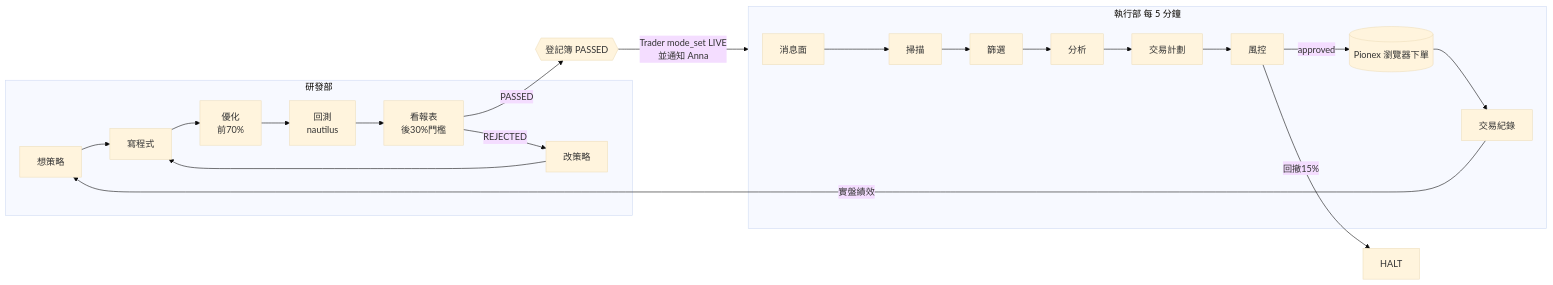
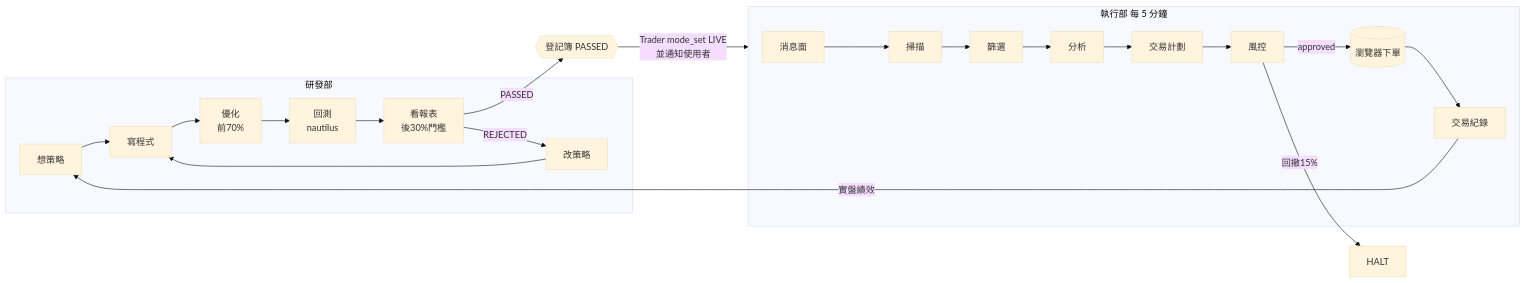
Before and after one commit to lchouprivate501-netizen/Trader-Bot_Crypto: the diagram in README.md, drawn with Mermaid (base theme). The commit also changed other lines of this file and 3 other files, not shown here.

````diff
--- a/README.md
+++ b/README.md
@@ -39,15 +42,15 @@
 ```mermaid
 flowchart LR
   subgraph RND[研發部]
     A[想策略] --> B[寫程式] --> D[優化<br/>前70%] --> C[回測<br/>nautilus] --> E[看報表<br/>後30%門檻]
     E -->|REJECTED| F[改策略] --> B
   end
   E -->|PASSED| G{{登記簿 PASSED}}
-  G -->|Trader mode_set LIVE<br/>並通知 Anna| X
+  G -->|Trader mode_set LIVE<br/>並通知使用者| X
   subgraph X[執行部 每 5 分鐘]
-    N[消息面] --> S[掃描] --> L[篩選] --> AN[分析] --> P[交易計劃] --> R[風控] -->|approved| O[(Pionex 瀏覽器下單)]
+    N[消息面] --> S[掃描] --> L[篩選] --> AN[分析] --> P[交易計劃] --> R[風控] -->|approved| O[(瀏覽器下單)]
     O --> J[交易紀錄]
   end
   J -->|實盤績效| A
   R -->|回撤15%| H[HALT]
 ```
````
